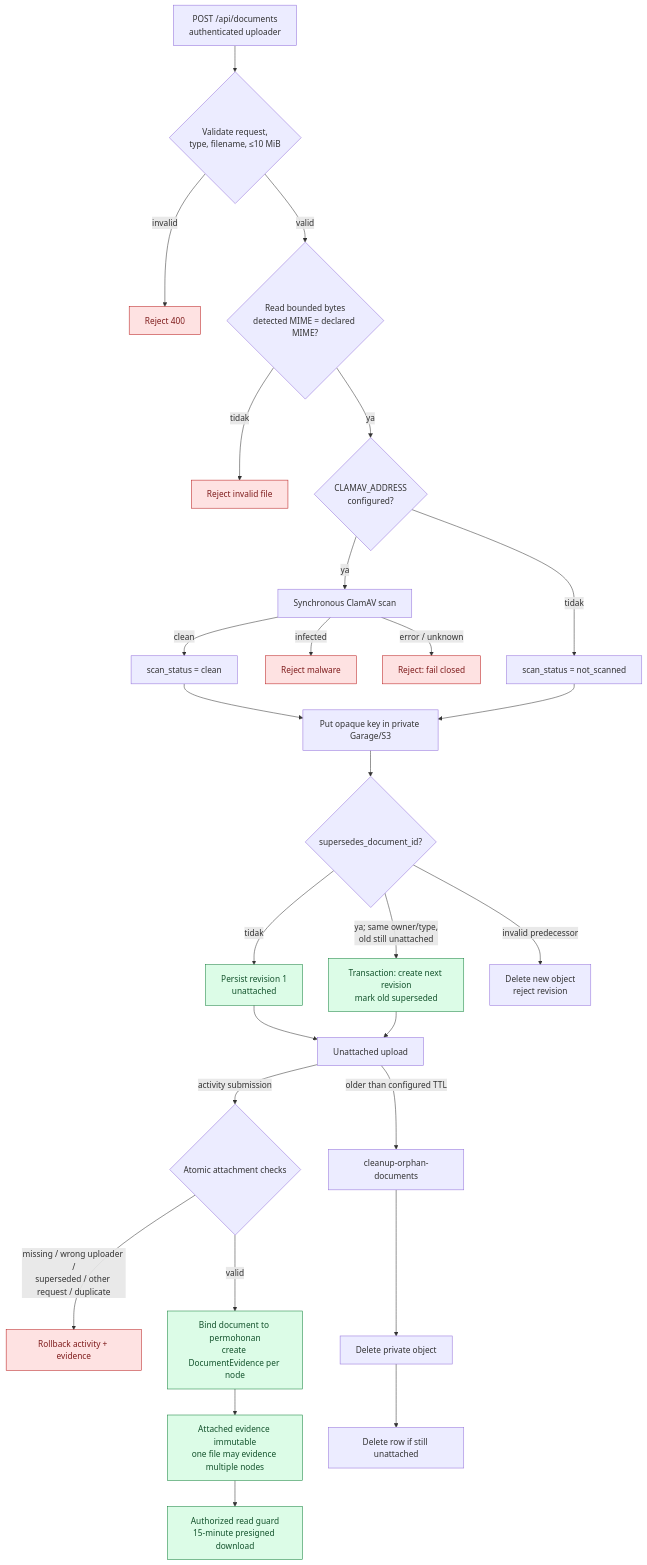
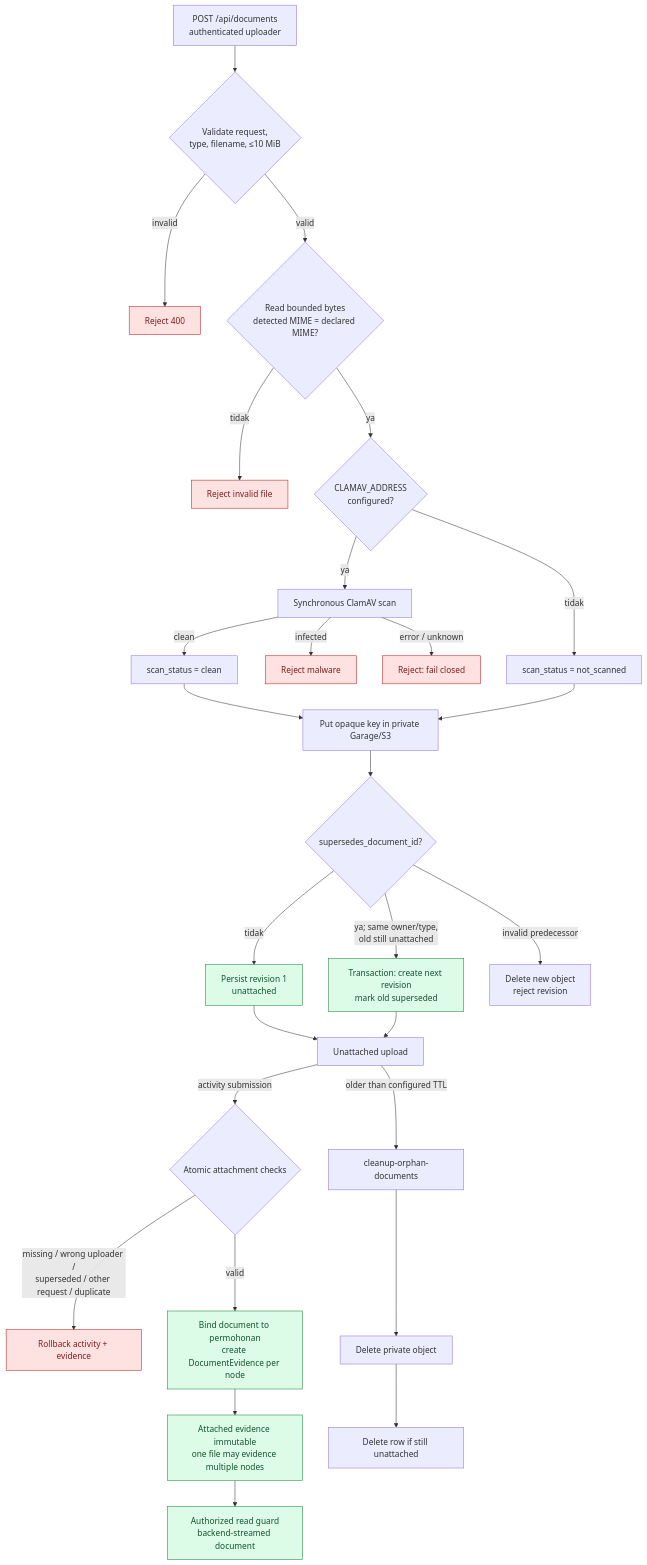
The diagram in docs/architecture/diagrams/09-evidence-lifecycle.md (pln-colabora/colabora-be), drawn with Mermaid before and after one commit. The commit also changed other lines of this file and 17 other files, not shown here.

Commit message:
refactor: preview and download document

````diff
--- a/docs/architecture/diagrams/09-evidence-lifecycle.md
+++ b/docs/architecture/diagrams/09-evidence-lifecycle.md
@@ -6,33 +6,33 @@
 ```mermaid
 flowchart TD
   upload["POST /api/documents<br/>authenticated uploader"] --> validate{"Validate request,<br/>type, filename, ≤10 MiB"}
   validate -->|invalid| reject400["Reject 400"]
   validate -->|valid| sniff{"Read bounded bytes<br/>detected MIME = declared MIME?"}
   sniff -->|tidak| rejecttype["Reject invalid file"]
   sniff -->|ya| configured{"CLAMAV_ADDRESS<br/>configured?"}
   configured -->|ya| scan["Synchronous ClamAV scan"]
   configured -->|tidak| notscanned["scan_status = not_scanned"]
   scan -->|infected| malware["Reject malware"]
   scan -->|error / unknown| scanfail["Reject: fail closed"]
   scan -->|clean| clean["scan_status = clean"]
   clean --> object["Put opaque key in private Garage/S3"]
   notscanned --> object
   object --> revision{"supersedes_document_id?"}
   revision -->|tidak| persist["Persist revision 1<br/>unattached"]
   revision -->|ya; same owner/type,<br/>old still unattached| supersede["Transaction: create next revision<br/>mark old superseded"]
   revision -->|invalid predecessor| compensate["Delete new object<br/>reject revision"]
   persist --> unattached["Unattached upload"]
   supersede --> unattached
   unattached -->|activity submission| attach{"Atomic attachment checks"}
   attach -->|missing / wrong uploader /<br/>superseded / other request / duplicate| rollback["Rollback activity + evidence"]
   attach -->|valid| bound["Bind document to permohonan<br/>create DocumentEvidence per node"]
   bound --> immutable["Attached evidence immutable<br/>one file may evidence multiple nodes"]
-  immutable --> download["Authorized read guard<br/>15-minute presigned download"]
+  immutable --> download["Authorized read guard<br/>backend-streamed document"]
   unattached -->|older than configured TTL| cleanup["cleanup-orphan-documents"]
   cleanup --> deleteobject["Delete private object"] --> deleterow["Delete row if still unattached"]
 
   classDef reject fill:#fee2e2,stroke:#b91c1c,color:#7f1d1d
   classDef stored fill:#dcfce7,stroke:#15803d,color:#14532d
   class reject400,rejecttype,malware,scanfail,rollback reject
   class persist,supersede,bound,immutable,download stored
 ```
````
